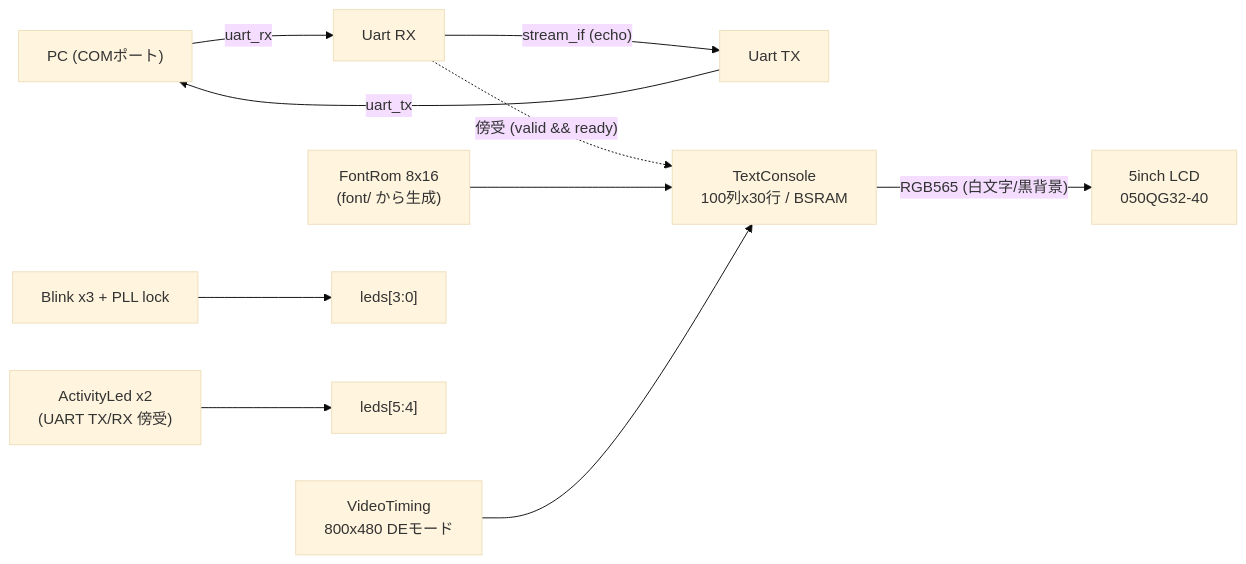
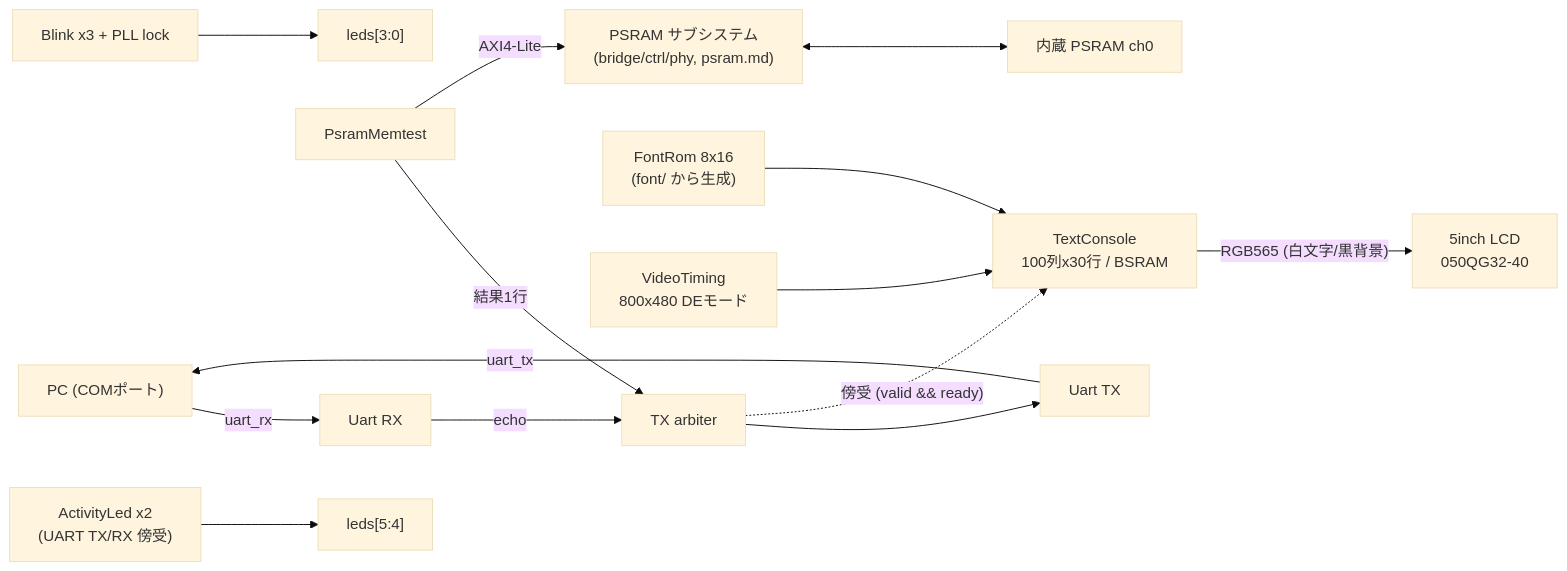
Before and after one commit to sabas0ba/hello_veryl: the diagram in docs/rtl.md, drawn with Mermaid (base theme). The commit also changed other lines of this file and 7 other files, not shown here.

````diff
--- a/docs/rtl.md
+++ b/docs/rtl.md
@@ -17,12 +17,14 @@
 ```mermaid
 flowchart LR
     PC["PC (COMポート)"] -- uart_rx --> RX["Uart RX"]
-    RX -- "stream_if (echo)" --> TX["Uart TX"]
-    TX -- uart_tx --> PC
-    RX -. "傍受 (valid && ready)" .-> CON["TextConsole<br>100列x30行 / BSRAM"]
+    RX -- "echo" --> ARB["TX arbiter"]
+    MT["PsramMemtest"] -- "結果1行" --> ARB
+    ARB --> TX["Uart TX"] -- uart_tx --> PC
+    ARB -. "傍受 (valid && ready)" .-> CON["TextConsole<br>100列x30行 / BSRAM"]
     FONT["FontRom 8x16<br>(font/ から生成)"] --> CON
     VT["VideoTiming<br>800x480 DEモード"] --> CON
     CON -- "RGB565 (白文字/黒背景)" --> LCD["5inch LCD<br>050QG32-40"]
+    MT -- AXI4-Lite --> PS["PSRAM サブシステム<br>(bridge/ctrl/phy, psram.md)"] <--> RAM["内蔵 PSRAM ch0"]
     BL["Blink x3 + PLL lock"] --> LEDS["leds[3:0]"]
     ACT["ActivityLed x2<br>(UART TX/RX 傍受)"] --> LEDS2["leds[5:4]"]
 ```
````
